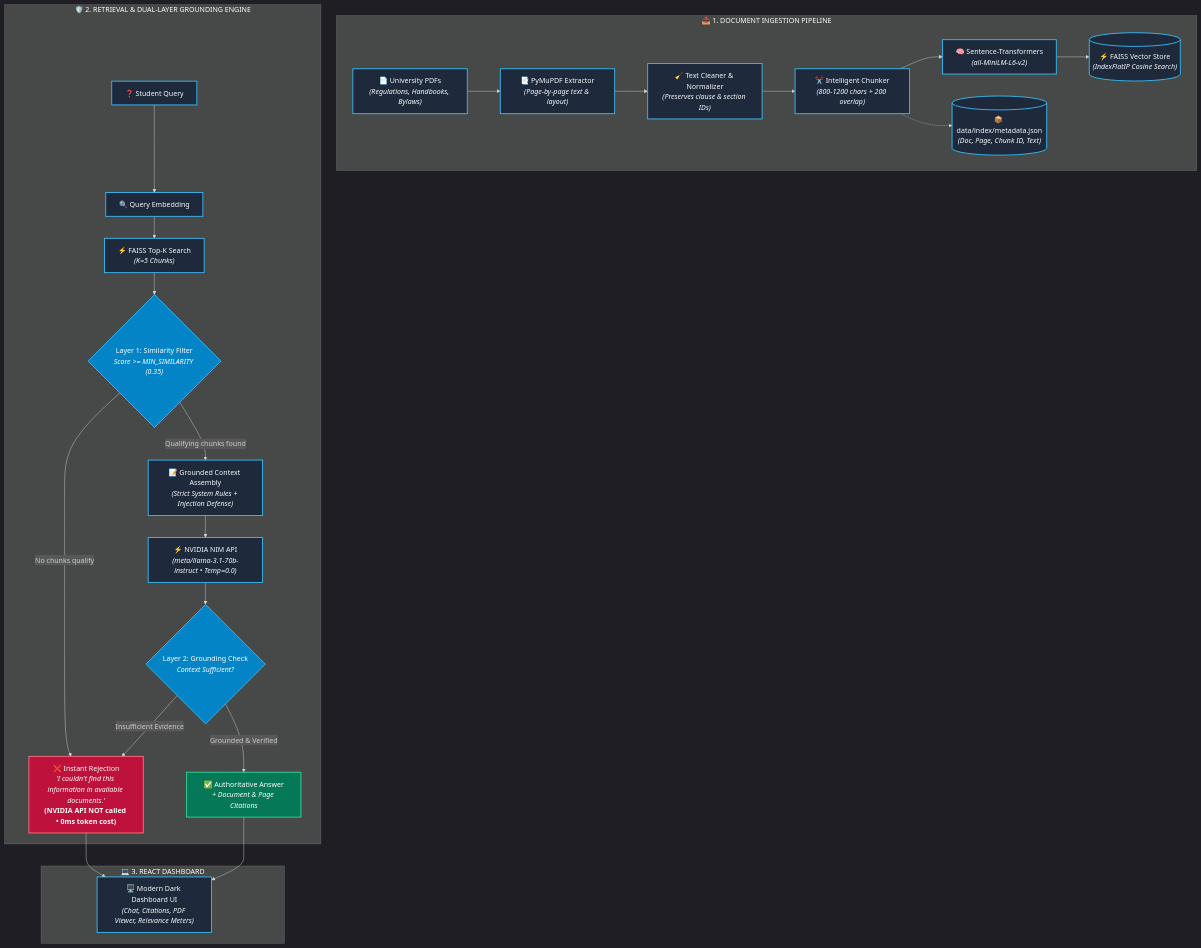
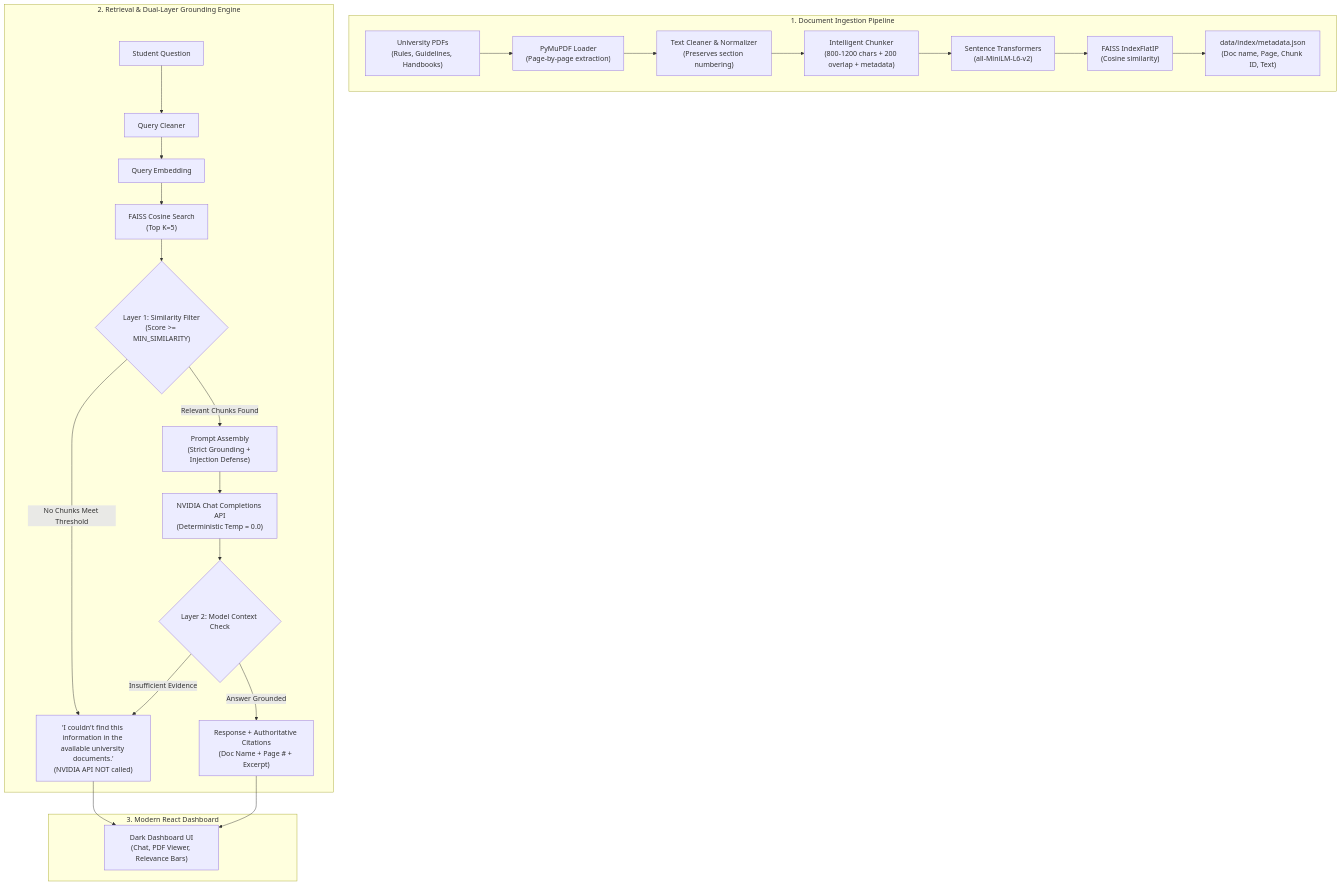
Before and after one commit to tejasrimogalla/University-Regulation-RAG: the diagram in README.md, drawn with Mermaid. The commit also changed other lines of this file and 82 other files, not shown here.

````diff
--- a/README.md
+++ b/README.md
@@ -107,51 +19,31 @@
 ```mermaid
-%%{init: {'theme': 'dark', 'themeVariables': { 'primaryColor': '#1e293b', 'edgeColor': '#38bdf8', 'tertiaryColor': '#0f172a'}}}%%
 flowchart TD
-    subgraph Ingestion [" 📥 1. DOCUMENT INGESTION PIPELINE "]
-        PDFs["📄 University PDFs<br/><i>(Regulations, Handbooks, Bylaws)</i>"]
-        Loader["📑 PyMuPDF Extractor<br/><i>(Page-by-page text & layout)</i>"]
-        Cleaner["🧹 Text Cleaner & Normalizer<br/><i>(Preserves clause & section IDs)</i>"]
-        Chunker["✂️ Intelligent Chunker<br/><i>(800-1200 chars + 200 overlap)</i>"]
-        Embedder["🧠 Sentence-Transformers<br/><i>(all-MiniLM-L6-v2)</i>"]
-        FAISS[("⚡ FAISS Vector Store<br/><i>(IndexFlatIP Cosine Search)</i>")]
-        Metadata[("📦 data/index/metadata.json<br/><i>(Doc, Page, Chunk ID, Text)</i>")]
-
-        PDFs --> Loader --> Cleaner --> Chunker --> Embedder --> FAISS
-        Chunker -.-> Metadata
+    subgraph Ingestion ["1. Document Ingestion Pipeline"]
+        PDFs["University PDFs<br/>(Rules, Guidelines, Handbooks)"] --> Loader["PyMuPDF Loader<br/>(Page-by-page extraction)"]
+        Loader --> Cleaner["Text Cleaner & Normalizer<br/>(Preserves section numbering)"]
+        Cleaner --> Chunker["Intelligent Chunker<br/>(800-1200 chars + 200 overlap + metadata)"]
+        Chunker --> Embedder["Sentence Transformers<br/>(all-MiniLM-L6-v2)"]
+        Embedder --> FAISS["FAISS IndexFlatIP<br/>(Cosine similarity)"]
+        FAISS --> Metadata["data/index/metadata.json<br/>(Doc name, Page, Chunk ID, Text)"]
     end
 
-    subgraph Query [" 🛡️ 2. RETRIEVAL & DUAL-LAYER GROUNDING ENGINE "]
-        UserQuery["❓ Student Query"]
-        QEmbed["🔍 Query Embedding"]
-        FAISSSearch["⚡ FAISS Top-K Search<br/><i>(K=5 Chunks)</i>"]
-        ThresholdFilter{"Layer 1: Similarity Filter<br/><i>Score >= MIN_SIMILARITY (0.35)</i>"}
-        QuickReject["❌ Instant Rejection<br/><i>'I couldn't find this information in available documents.'</i><br/><b>(NVIDIA API NOT called • 0ms token cost)</b>"]
-        ContextPrompt["📝 Grounded Context Assembly<br/><i>(Strict System Rules + Injection Defense)</i>"]
-        NVIDIA["⚡ NVIDIA NIM API<br/><i>(meta/llama-3.1-70b-instruct • Temp=0.0)</i>"]
-        Layer2Check{"Layer 2: Grounding Check<br/><i>Context Sufficient?</i>"}
-        GroundedAnswer["✅ Authoritative Answer<br/><i>+ Document & Page Citations</i>"]
-
-        UserQuery --> QEmbed --> FAISSSearch --> ThresholdFilter
-        ThresholdFilter -- "No chunks qualify" --> QuickReject
-        ThresholdFilter -- "Qualifying chunks found" --> ContextPrompt
-        ContextPrompt --> NVIDIA --> Layer2Check
+    subgraph Query ["2. Retrieval & Dual-Layer Grounding Engine"]
+        UserQuery["Student Question"] --> Preproc["Query Cleaner"]
+        Preproc --> QEmbed["Query Embedding"]
+        QEmbed --> FAISSSearch["FAISS Cosine Search<br/>(Top K=5)"]
+        FAISSSearch --> ThresholdFilter{"Layer 1: Similarity Filter<br/>(Score >= MIN_SIMILARITY)"}
+        
+        ThresholdFilter -- "No Chunks Meet Threshold" --> QuickReject["'I couldn't find this information in the available university documents.'<br/>(NVIDIA API NOT called)"]
+        
+        ThresholdFilter -- "Relevant Chunks Found" --> ContextPrompt["Prompt Assembly<br/>(Strict Grounding + Injection Defense)"]
+        ContextPrompt --> NVIDIA["NVIDIA Chat Completions API<br/>(Deterministic Temp = 0.0)"]
+        NVIDIA --> Layer2Check{"Layer 2: Model Context Check"}
         Layer2Check -- "Insufficient Evidence" --> QuickReject
-        Layer2Check -- "Grounded & Verified" --> GroundedAnswer
+        Layer2Check -- "Answer Grounded" --> Response["Response + Authoritative Citations<br/>(Doc Name + Page # + Excerpt)"]
     end
 
-    subgraph UI [" 💻 3. REACT DASHBOARD "]
-        Dashboard["🖥️ Modern Dark Dashboard UI<br/><i>(Chat, Citations, PDF Viewer, Relevance Meters)</i>"]
-        GroundedAnswer --> Dashboard
+    subgraph UI ["3. Modern React Dashboard"]
+        Response --> Dashboard["Dark Dashboard UI<br/>(Chat, PDF Viewer, Relevance Bars)"]
         QuickReject --> Dashboard
     end
-
-    classDef primary fill:#1e293b,stroke:#38bdf8,stroke-width:2px,color:#f8fafc;
-    classDef highlight fill:#0284c7,stroke:#38bdf8,stroke-width:2px,color:#ffffff;
-    classDef warning fill:#be123c,stroke:#fb7185,stroke-width:2px,color:#ffffff;
-    classDef success fill:#047857,stroke:#34d399,stroke-width:2px,color:#ffffff;
-
-    class PDFs,Loader,Cleaner,Chunker,Embedder,FAISS,Metadata,UserQuery,QEmbed,FAISSSearch,ContextPrompt,NVIDIA,Dashboard primary;
-    class ThresholdFilter,Layer2Check highlight;
-    class QuickReject warning;
-    class GroundedAnswer success;
 ```
````
